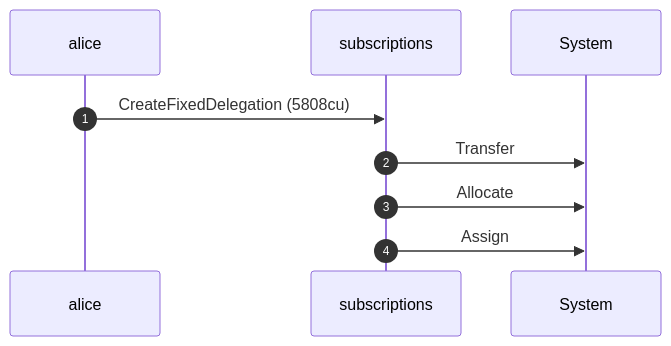
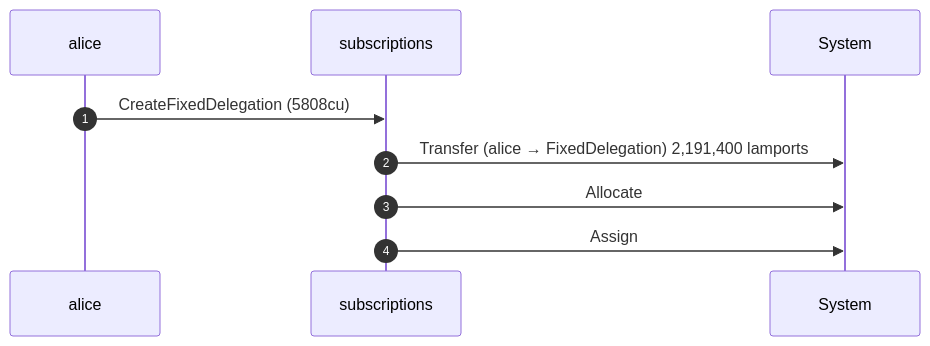
Before and after one commit to cds-rs/subscriptions: the fifth of 8 diagrams in dsl_tests/survive-a-pre-funded-delegation-pda.md, drawn with Mermaid. The commit also changed other lines of this file and 224 other files, not shown here.

````diff
--- a/dsl_tests/survive-a-pre-funded-delegation-pda.md
+++ b/dsl_tests/survive-a-pre-funded-delegation-pda.md
@@ -106,11 +112,11 @@
 ```mermaid
 sequenceDiagram
     autonumber
     participant alice
     participant subscriptions
     participant System
     alice ->> subscriptions: CreateFixedDelegation (5808cu)
-    subscriptions ->> System: Transfer
+    subscriptions ->> System: Transfer (alice → FixedDelegation) 2,191,400 lamports
     subscriptions ->> System: Allocate
     subscriptions ->> System: Assign
 ```
````
